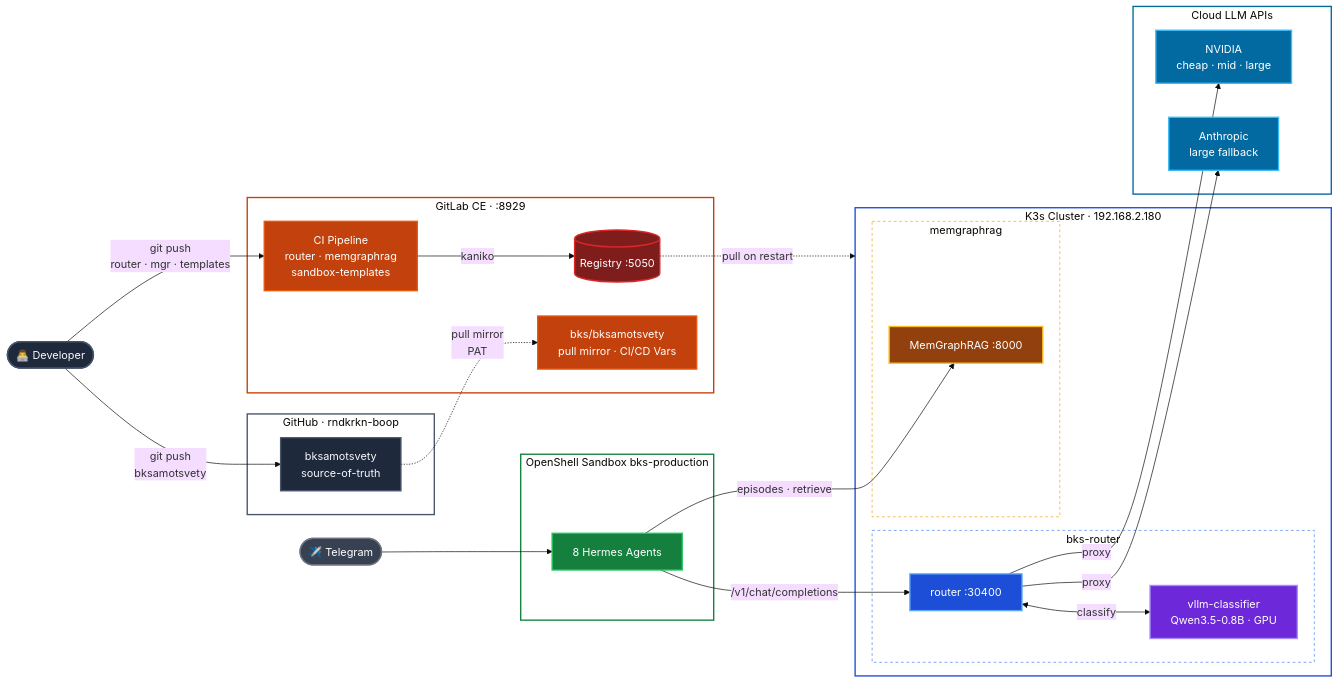
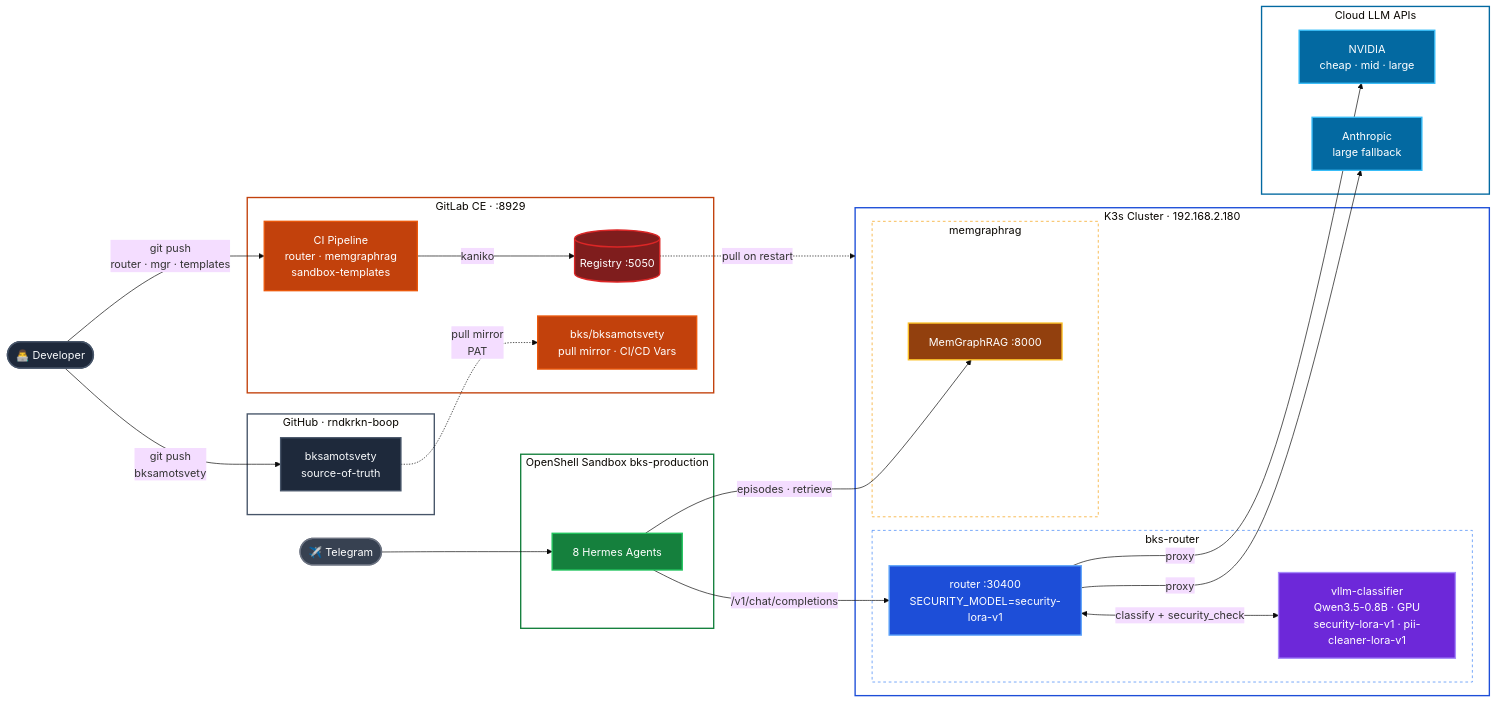
The first of 6 diagrams in ARCHITECTURE_MERMAID.md (rndkrkn-boop/bks-infra-docs), drawn with Mermaid (base theme) before and after one commit. The commit also changed other lines of this file and 2 other files, not shown here.

````diff
--- a/ARCHITECTURE_MERMAID.md
+++ b/ARCHITECTURE_MERMAID.md
@@ -22,64 +22,64 @@
 ```mermaid
 flowchart LR
     classDef dev      fill:#1e293b,stroke:#475569,color:#f8fafc,stroke-width:2px
     classDef ci       fill:#c2410c,stroke:#ea580c,color:#fff,stroke-width:2px
     classDef registry fill:#7f1d1d,stroke:#dc2626,color:#fff,stroke-width:2px
     classDef agent    fill:#15803d,stroke:#22c55e,color:#fff,stroke-width:2px
     classDef router   fill:#1d4ed8,stroke:#60a5fa,color:#fff,stroke-width:2px
     classDef vllm     fill:#6d28d9,stroke:#a78bfa,color:#fff,stroke-width:2px
     classDef cloud    fill:#0369a1,stroke:#38bdf8,color:#fff,stroke-width:2px
     classDef memory   fill:#92400e,stroke:#fbbf24,color:#fff,stroke-width:2px
     classDef external fill:#374151,stroke:#6b7280,color:#fff,stroke-width:2px
 
     DEV(["👨‍💻 Developer"]):::dev
     TG(["✈️ Telegram"]):::external
 
     subgraph GH["GitHub · rndkrkn-boop"]
         GHBKS["bksamotsvety\nsource-of-truth"]:::dev
     end
 
     subgraph GITLAB["GitLab CE · :8929"]
         GL["CI Pipeline\nrouter · memgraphrag\nsandbox-templates"]:::ci
         REG[("Registry :5050")]:::registry
         GLBKS["bks/bksamotsvety\npull mirror · CI/CD Vars"]:::ci
         GL -->|kaniko| REG
         GHBKS -.->|"pull mirror\nPAT"| GLBKS
     end
 
     subgraph SAND["OpenShell Sandbox  bks-production"]
         AG["8 Hermes Agents"]:::agent
     end
 
     subgraph K3S["K3s Cluster · 192.168.2.180"]
         subgraph NSR["bks-router"]
-            RT["router :30400"]:::router
-            VLLM["vllm-classifier\nQwen3.5-0.8B · GPU"]:::vllm
-            RT <-->|classify| VLLM
+            RT["router :30400\nSECURITY_MODEL=security-lora-v1"]:::router
+            VLLM["vllm-classifier\nQwen3.5-0.8B · GPU\nsecurity-lora-v1 · pii-cleaner-lora-v1"]:::vllm
+            RT <-->|"classify + security_check"| VLLM
         end
         subgraph NSM["memgraphrag"]
             MGR["MemGraphRAG :8000"]:::memory
         end
     end
 
     subgraph APIS["Cloud LLM APIs"]
         NV["NVIDIA\ncheap · mid · large"]:::cloud
         AC["Anthropic\nlarge fallback"]:::cloud
     end
 
     DEV -->|"git push\nbksamotsvety"| GHBKS
     DEV -->|"git push\nrouter · mgr · templates"| GL
     REG -.->|pull on restart| K3S
 
     TG --> AG
     AG -->|/v1/chat/completions| RT
     RT -->|proxy| NV & AC
     AG -->|episodes · retrieve| MGR
 
     style GH     fill:none,stroke:#475569,stroke-width:2px
     style GITLAB  fill:none,stroke:#c2410c,stroke-width:2px
     style SAND    fill:none,stroke:#15803d,stroke-width:2px
     style K3S     fill:none,stroke:#1d4ed8,stroke-width:2px
     style NSR     fill:none,stroke:#3b82f6,stroke-width:1px,stroke-dasharray:4
     style NSM     fill:none,stroke:#f59e0b,stroke-width:1px,stroke-dasharray:4
     style APIS    fill:none,stroke:#0369a1,stroke-width:2px
 ```
````
